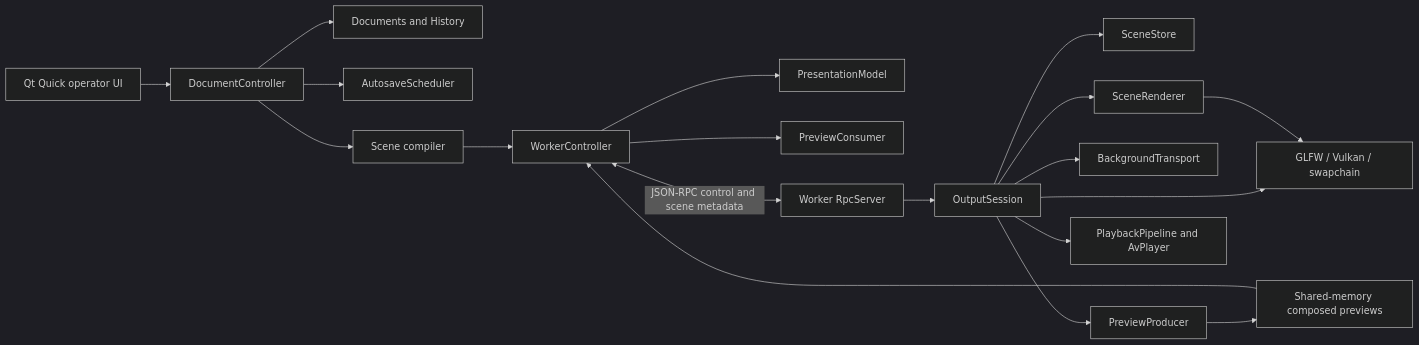
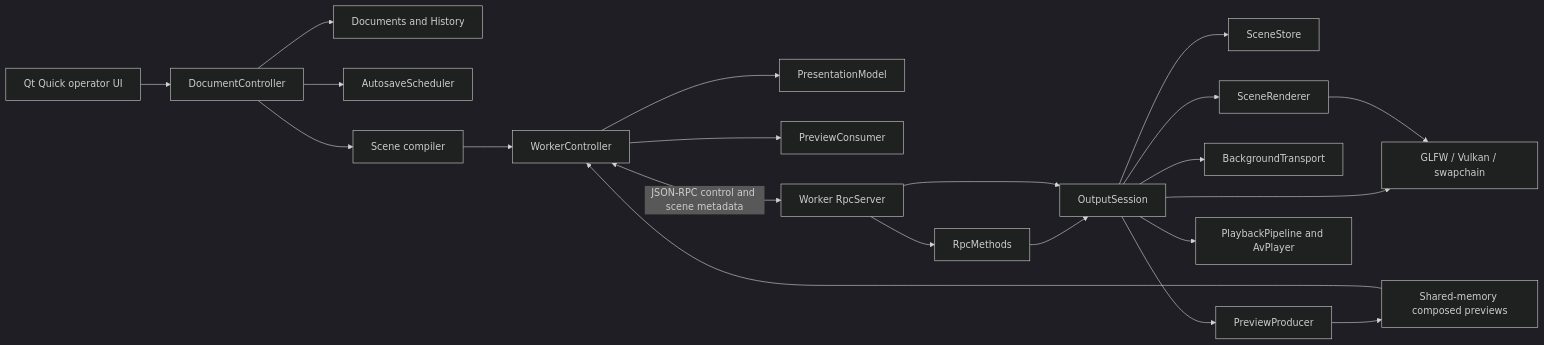
Before and after one commit to dattrax/OpenShowQt: the diagram in docs/architecture.md, drawn with Mermaid (dark theme). The commit also changed other lines of this file and 7 other files, not shown here.

````diff
--- a/docs/architecture.md
+++ b/docs/architecture.md
@@ -12,21 +12,23 @@
 ```mermaid
 flowchart LR
     QML[Qt Quick operator UI] --> DC[DocumentController]
     DC --> D[Documents and History]
     DC --> AS[AutosaveScheduler]
     DC --> SC[Scene compiler]
     SC --> WC[WorkerController]
     WC --> PM[PresentationModel]
     WC --> PC[PreviewConsumer]
     WC <-->|JSON-RPC control and scene metadata| RPC[Worker RpcServer]
+    RPC --> MT[RpcMethods]
+    MT --> OS[OutputSession]
     RPC --> OS[OutputSession]
     OS --> SS[SceneStore]
     OS --> PP[PreviewProducer]
     OS --> BT[BackgroundTransport]
     OS --> SR[SceneRenderer]
     OS --> AV[PlaybackPipeline and AvPlayer]
     OS --> GPU[GLFW / Vulkan / swapchain]
     SR --> GPU
     PP --> SHM[Shared-memory composed previews]
     SHM --> WC
 ```
````
